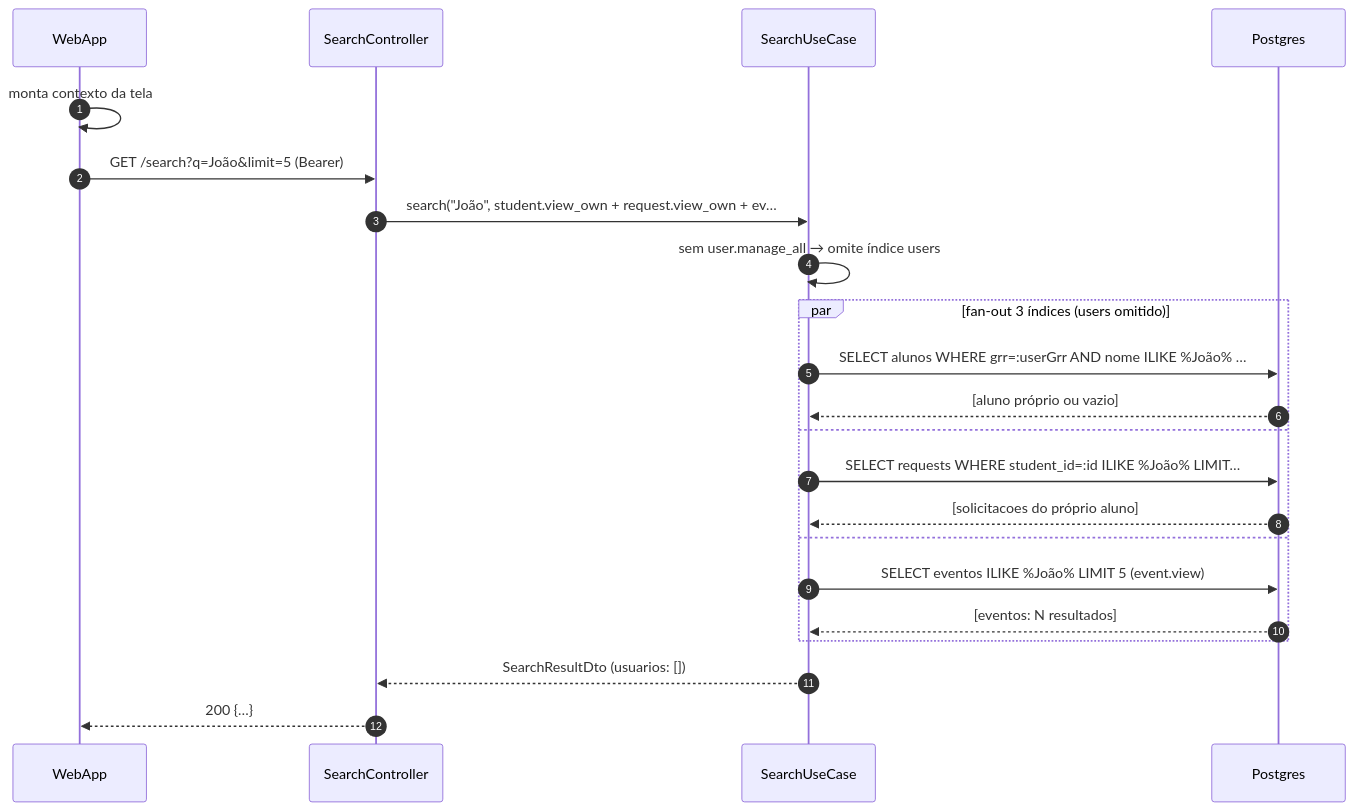
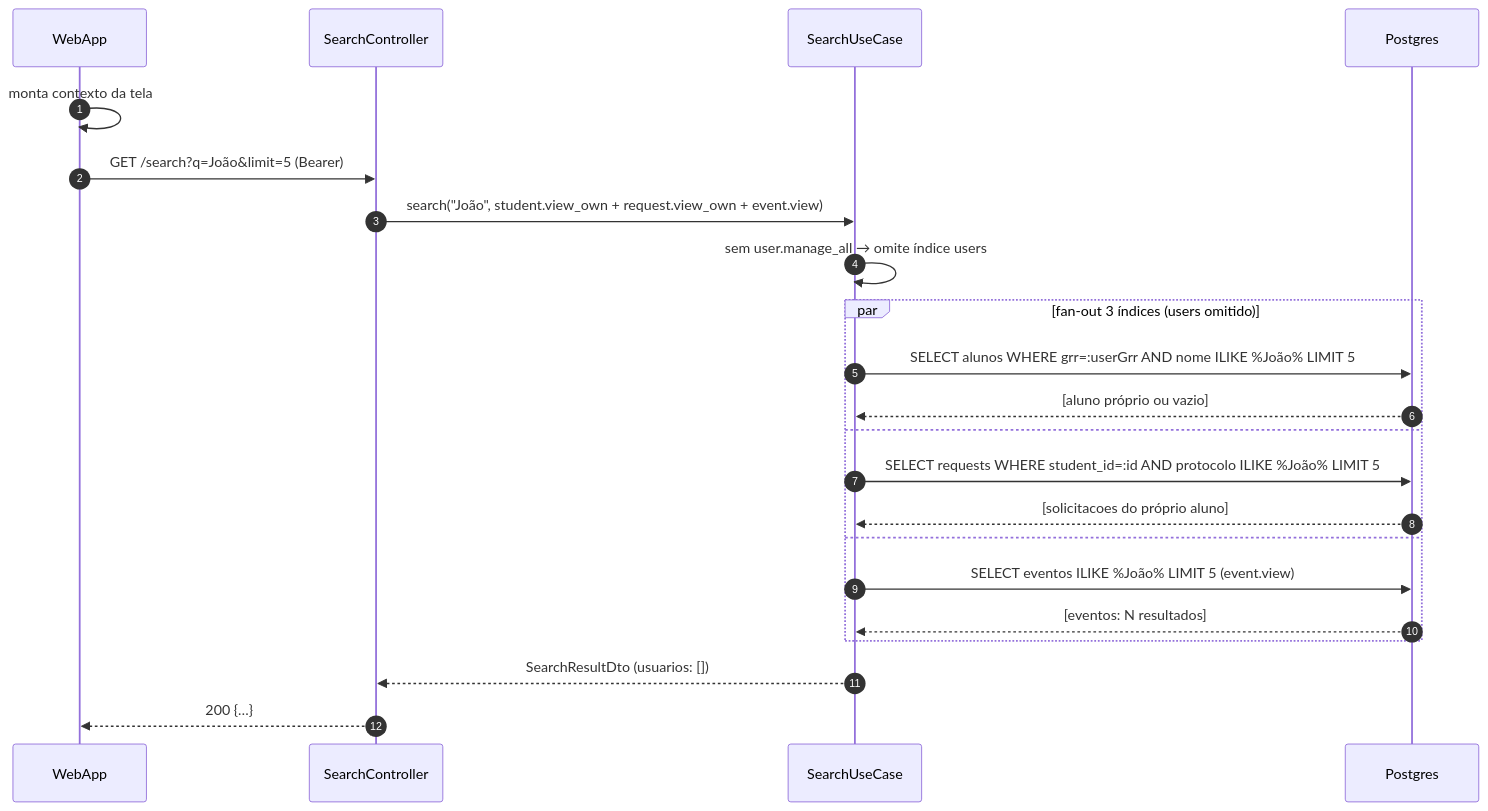
The second of 4 diagrams in foundationDocs/sequenceDiagrams/F8 — Cross-cutting/US-F8-001-BUSCA-GLOBAL.md (umishell/secretariaOnline2), drawn with Mermaid before and after one commit. The commit also changed other lines of this file and 70 other files, not shown here.

First line of the commit message:
Enhance database documentation and introduce new schema files

````diff
--- a/foundationDocs/sequenceDiagrams/F8 — Cross-cutting/US-F8-001-BUSCA-GLOBAL.md
+++ b/foundationDocs/sequenceDiagrams/F8 — Cross-cutting/US-F8-001-BUSCA-GLOBAL.md
@@ -98,25 +98,25 @@
 ```mermaid
 sequenceDiagram
     autonumber
     participant WebApp
     participant SearchController
     participant SearchUseCase
     participant Postgres
 
     WebApp->>WebApp: monta contexto da tela
     WebApp->>SearchController: GET /search?q=João&limit=5 (Bearer)
-    SearchController->>SearchUseCase: search("João", student.view_own + request.view_own + ev…
+    SearchController->>SearchUseCase: search("João", student.view_own + request.view_own + event.view)
     SearchUseCase->>SearchUseCase: sem user.manage_all → omite índice users
     par fan-out 3 índices (users omitido)
-        SearchUseCase->>Postgres: SELECT alunos WHERE grr=:userGrr AND nome ILIKE %João% …
+        SearchUseCase->>Postgres: SELECT alunos WHERE grr=:userGrr AND nome ILIKE %João% LIMIT 5
         Postgres-->>SearchUseCase: [aluno próprio ou vazio]
     and
-        SearchUseCase->>Postgres: SELECT requests WHERE student_id=:id ILIKE %João% LIMIT…
+        SearchUseCase->>Postgres: SELECT requests WHERE student_id=:id AND protocolo ILIKE %João% LIMIT 5
         Postgres-->>SearchUseCase: [solicitacoes do próprio aluno]
     and
         SearchUseCase->>Postgres: SELECT eventos ILIKE %João% LIMIT 5 (event.view)
         Postgres-->>SearchUseCase: [eventos: N resultados]
     end
     SearchUseCase-->>SearchController: SearchResultDto (usuarios: [])
     SearchController-->>WebApp: 200 {…}
 ```
````
